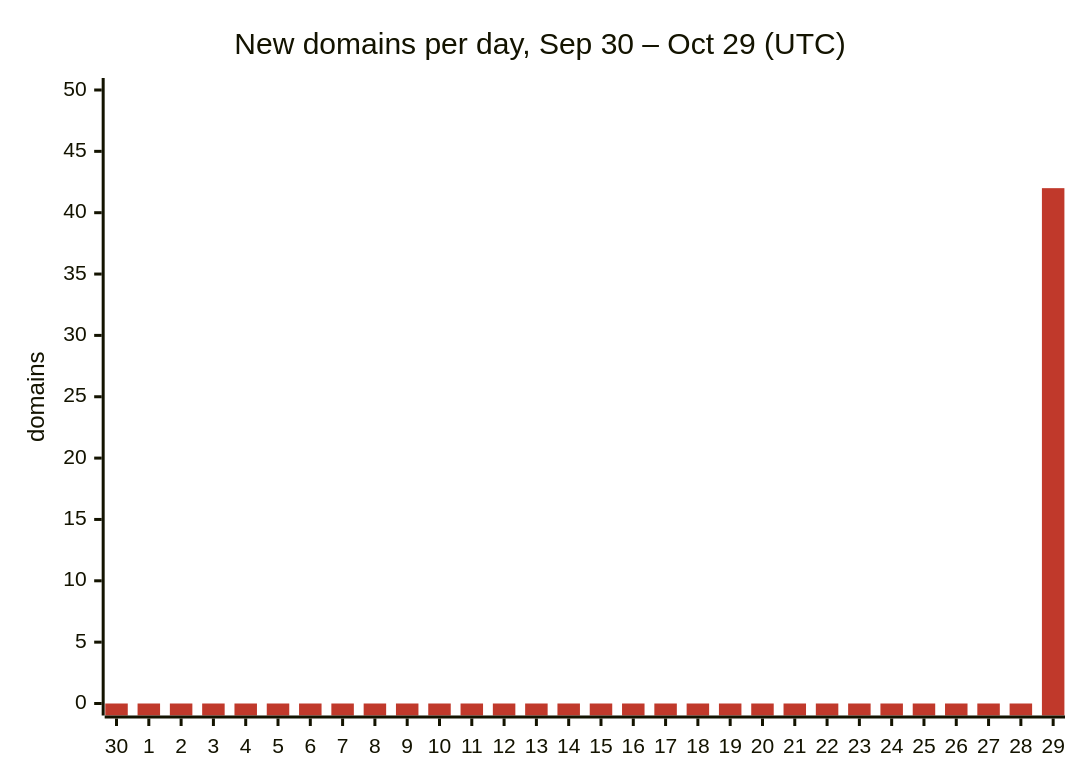
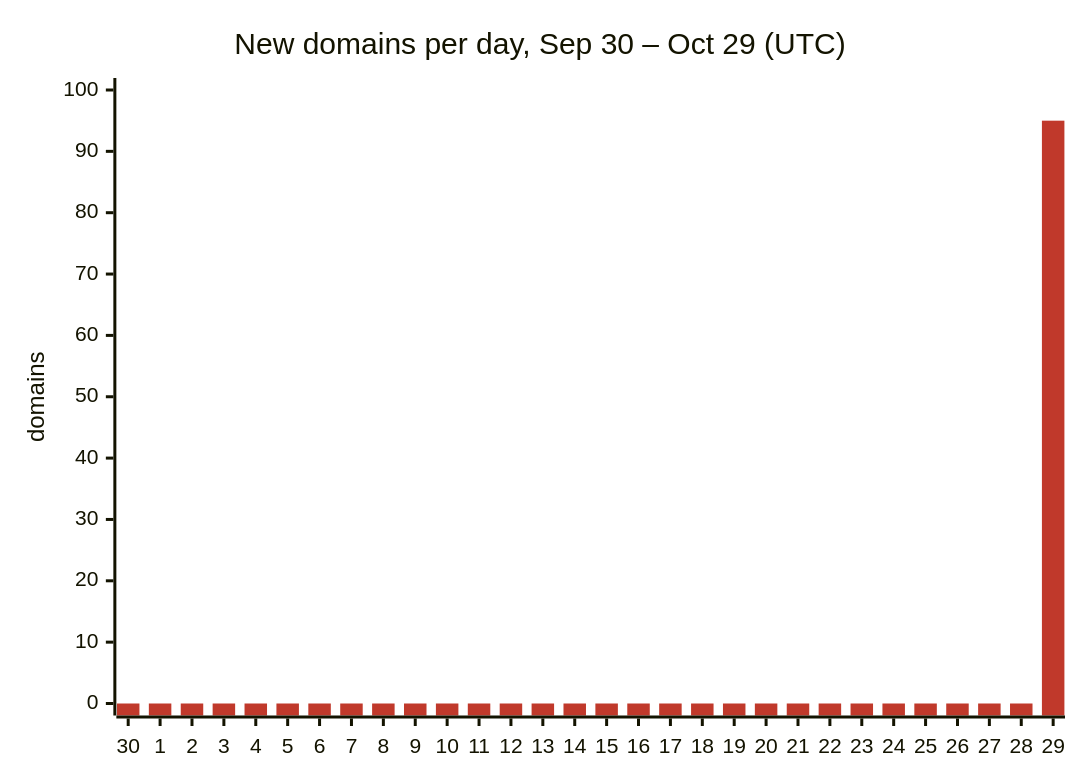
One commit to DNSBunker/CTI changed the first of 2 diagrams in README.md. Above: the diagram before and after it, drawn with Mermaid. The commit also changed other lines of this file and 3 other files, not shown here.

````diff
--- a/README.md
+++ b/README.md
@@ -29,8 +29,8 @@
 ```mermaid
 %%{init: {"themeVariables": {"xyChart": {"plotColorPalette": "#c0392b"}}}}%%
 xychart-beta
     title "New domains per day, Sep 30 – Oct 29 (UTC)"
     x-axis ["30", "1", "2", "3", "4", "5", "6", "7", "8", "9", "10", "11", "12", "13", "14", "15", "16", "17", "18", "19", "20", "21", "22", "23", "24", "25", "26", "27", "28", "29"]
-    y-axis "domains" 0 --> 50
-    bar [0, 0, 0, 0, 0, 0, 0, 0, 0, 0, 0, 0, 0, 0, 0, 0, 0, 0, 0, 0, 0, 0, 0, 0, 0, 0, 0, 0, 0, 42]
+    y-axis "domains" 0 --> 100
+    bar [0, 0, 0, 0, 0, 0, 0, 0, 0, 0, 0, 0, 0, 0, 0, 0, 0, 0, 0, 0, 0, 0, 0, 0, 0, 0, 0, 0, 0, 95]
 ```
````
